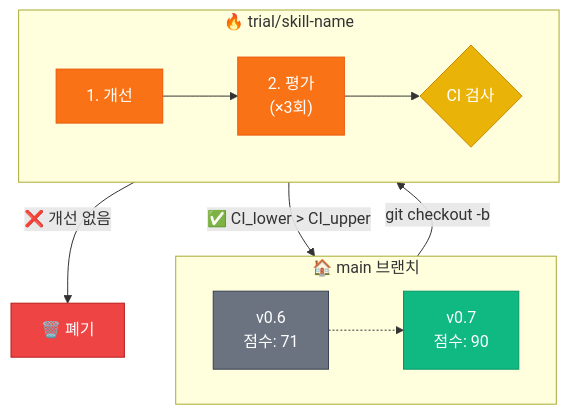
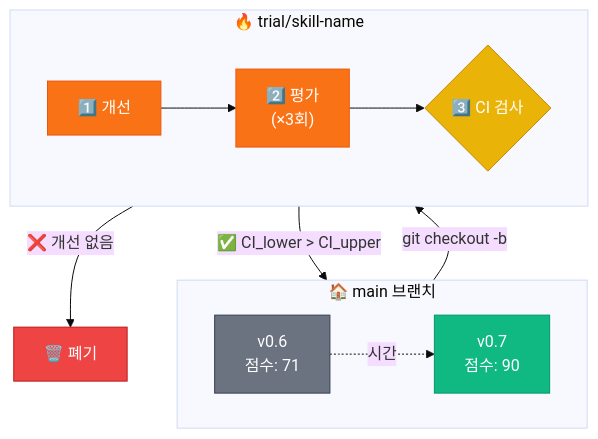
One commit to quantsquirrel/claude-forge-smith changed the fifth of 11 diagrams in README.ko.md. Above: the diagram before and after it, drawn with Mermaid. The commit also changed other lines of this file and 1 other file, not shown here.

First line of the commit message:
Unify design with Mermaid diagrams throughout

````diff
--- a/README.ko.md
+++ b/README.ko.md
@@ -126,24 +167,29 @@
 ```mermaid
+%%{init: {'theme': 'base'}}%%
 flowchart TB
     subgraph MAIN["🏠 main 브랜치"]
         direction LR
-        C1["v0.6<br/>점수: 71"] -.-> C2["v0.7<br/>점수: 90"]
+        C1["v0.6<br/>점수: 71"]
+        C2["v0.7<br/>점수: 90"]
+        C1 -.->|"시간"| C2
     end
 
     subgraph TRIAL["🔥 trial/skill-name"]
         direction LR
-        T1["1. 개선"] --> T2["2. 평가<br/>(×3회)"]
-        T2 --> T3{"CI 검사"}
+        T1["1️⃣ 개선"]
+        T2["2️⃣ 평가<br/>(×3회)"]
+        T3{"3️⃣ CI 검사"}
+        T1 --> T2 --> T3
     end
 
     C1 -->|"git checkout -b"| T1
     T3 -->|"✅ CI_lower > CI_upper"| C2
     T3 -->|"❌ 개선 없음"| D["🗑️ 폐기"]
 
     style C1 fill:#6b7280,stroke:#374151,color:#fff
     style C2 fill:#10b981,stroke:#059669,color:#fff
     style T1 fill:#f97316,stroke:#ea580c,color:#fff
     style T2 fill:#f97316,stroke:#ea580c,color:#fff
     style T3 fill:#eab308,stroke:#ca8a04,color:#fff
     style D fill:#ef4444,stroke:#b91c1c,color:#fff
 ```
````
